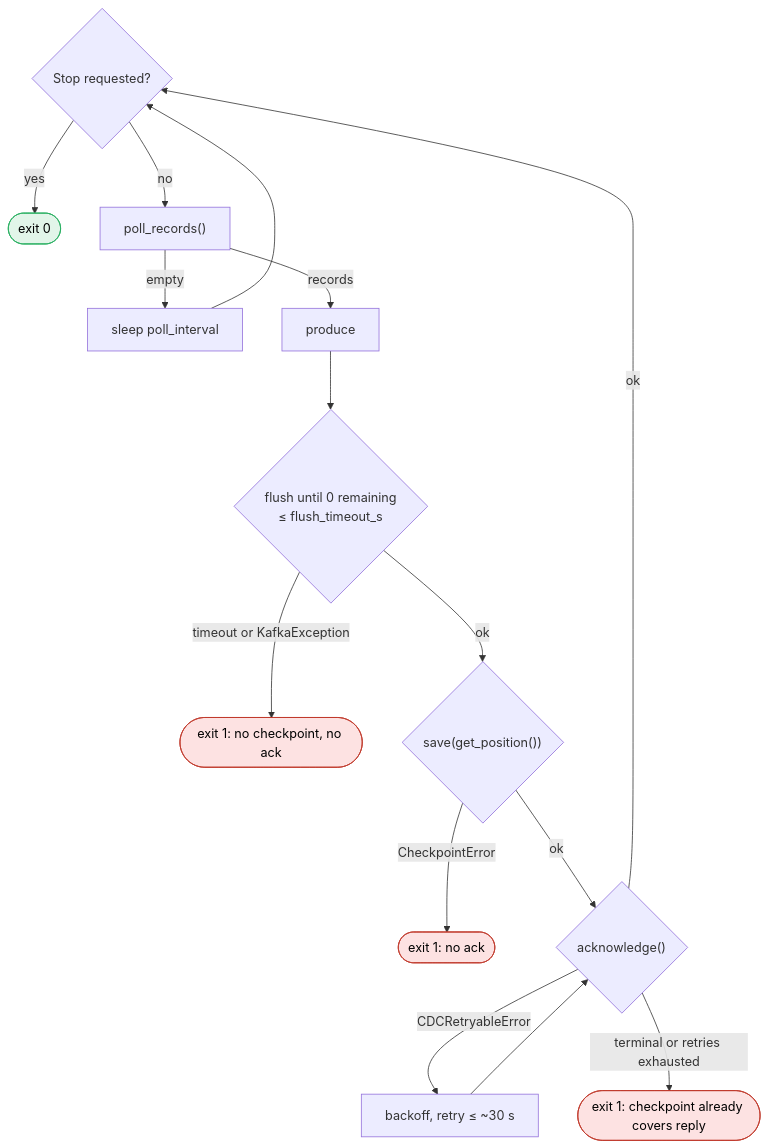
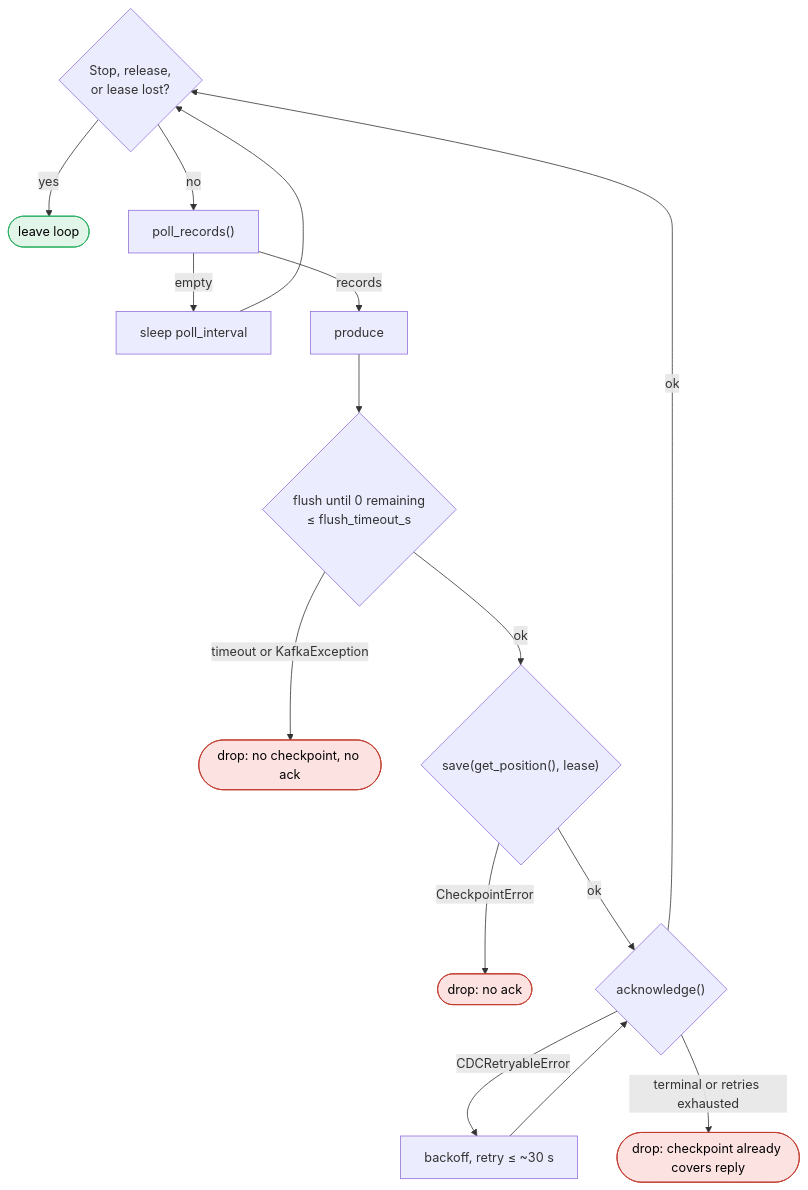
One commit to Ronitsabhaya75/Kafka-FDB-Streamline changed the third of 3 diagrams in docs/CHECKPOINT-SPEC.md. Above: the diagram before and after it, drawn with Mermaid. The commit also changed other lines of this file and 1 other file, not shown here.

````diff
--- a/docs/CHECKPOINT-SPEC.md
+++ b/docs/CHECKPOINT-SPEC.md
@@ -153,20 +254,20 @@
 ```mermaid
 flowchart TD
-    STOP{"Stop requested?"} -- yes --> X0(["exit 0"])
+    STOP{"Stop, release,<br/>or lease lost?"} -- yes --> X0(["leave loop"])
     STOP -- no --> POLL["poll_records()"]
     POLL -- empty --> SLEEP["sleep poll_interval"] --> STOP
     POLL -- records --> PROD["produce"]
     PROD --> FLUSH{"flush until 0 remaining<br/>≤ flush_timeout_s"}
-    FLUSH -- "timeout or KafkaException" --> X1a(["exit 1: no checkpoint, no ack"])
-    FLUSH -- ok --> CKPT{"save(get_position())"}
-    CKPT -- CheckpointError --> X1b(["exit 1: no ack"])
+    FLUSH -- "timeout or KafkaException" --> X1a(["drop: no checkpoint, no ack"])
+    FLUSH -- ok --> CKPT{"save(get_position(), lease)"}
+    CKPT -- CheckpointError --> X1b(["drop: no ack"])
     CKPT -- ok --> ACK{"acknowledge()"}
     ACK -- CDCRetryableError --> RETRY["backoff, retry ≤ ~30 s"] --> ACK
-    ACK -- "terminal or retries exhausted" --> X1c(["exit 1: checkpoint already covers reply"])
+    ACK -- "terminal or retries exhausted" --> X1c(["drop: checkpoint already covers reply"])
     ACK -- ok --> STOP
 
     classDef fatal fill:#fde2e2,stroke:#c0392b,color:#000
     classDef ok fill:#e2f5e9,stroke:#27ae60,color:#000
     class X1a,X1b,X1c fatal
     class X0 ok
 ```
````
